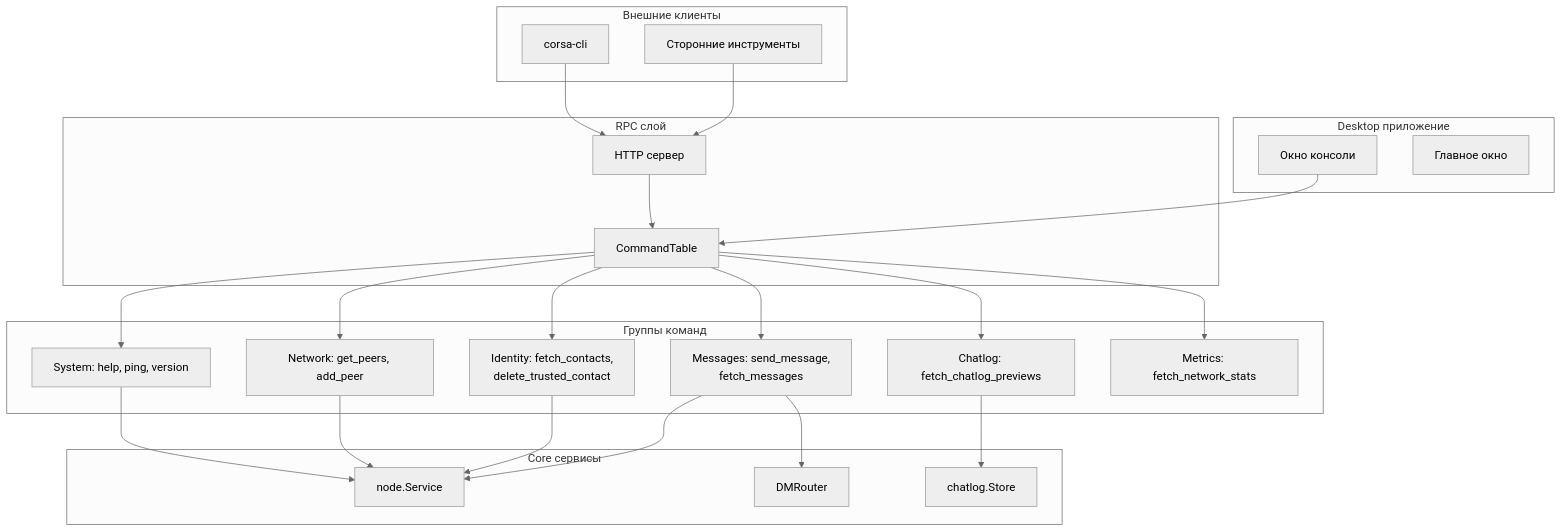
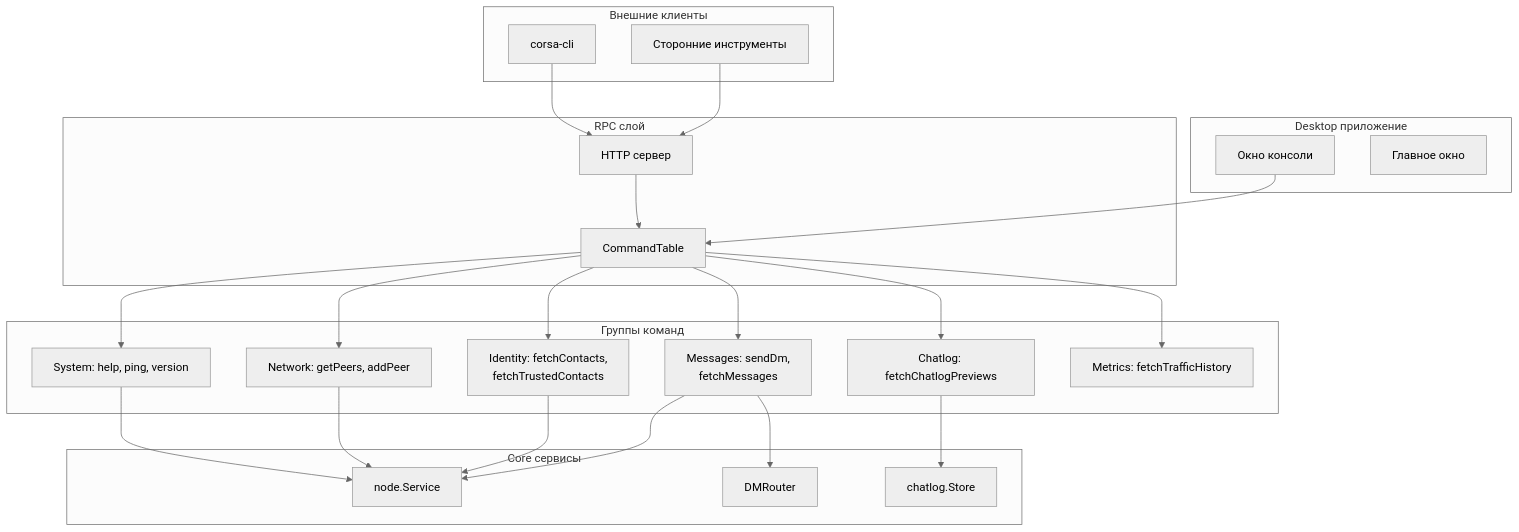
The tenth of 10 diagrams in docs/ui.md (piratecash/corsa), drawn with Mermaid (neutral theme) before and after one commit. The commit also changed other lines of this file and 20 other files, not shown here.

````diff
--- a/docs/ui.md
+++ b/docs/ui.md
@@ -547,49 +547,49 @@
 ```mermaid
 flowchart TD
     subgraph External["Внешние клиенты"]
         CLI[corsa-cli]
         API[Сторонние инструменты]
     end
 
     subgraph Desktop["Desktop приложение"]
         CON[Окно консоли]
         WIN[Главное окно]
     end
 
     subgraph RPC["RPC слой"]
         HTTP[HTTP сервер]
         CMD[CommandTable]
     end
 
     subgraph Commands["Группы команд"]
         SYS[System: help, ping, version]
-        NET[Network: get_peers, add_peer]
-        ID[Identity: fetch_contacts,<br/>delete_trusted_contact]
-        MSG[Messages: send_message,<br/>fetch_messages]
-        CHAT[Chatlog: fetch_chatlog_previews]
-        METRICS[Metrics: fetch_network_stats]
+        NET[Network: getPeers, addPeer]
+        ID[Identity: fetchContacts,<br/>fetchTrustedContacts]
+        MSG[Messages: sendDm,<br/>fetchMessages]
+        CHAT[Chatlog: fetchChatlogPreviews]
+        METRICS[Metrics: fetchTrafficHistory]
     end
 
     subgraph Core["Core сервисы"]
         NODE[node.Service]
         ROUTER[DMRouter]
         CHATLOG[chatlog.Store]
     end
 
     CLI --> HTTP
     API --> HTTP
     HTTP --> CMD
     CON --> CMD
     CMD --> SYS
     CMD --> NET
     CMD --> ID
     CMD --> MSG
     CMD --> CHAT
     CMD --> METRICS
     SYS --> NODE
     NET --> NODE
     ID --> NODE
     MSG --> NODE
     MSG --> ROUTER
     CHAT --> CHATLOG
 ```
````
